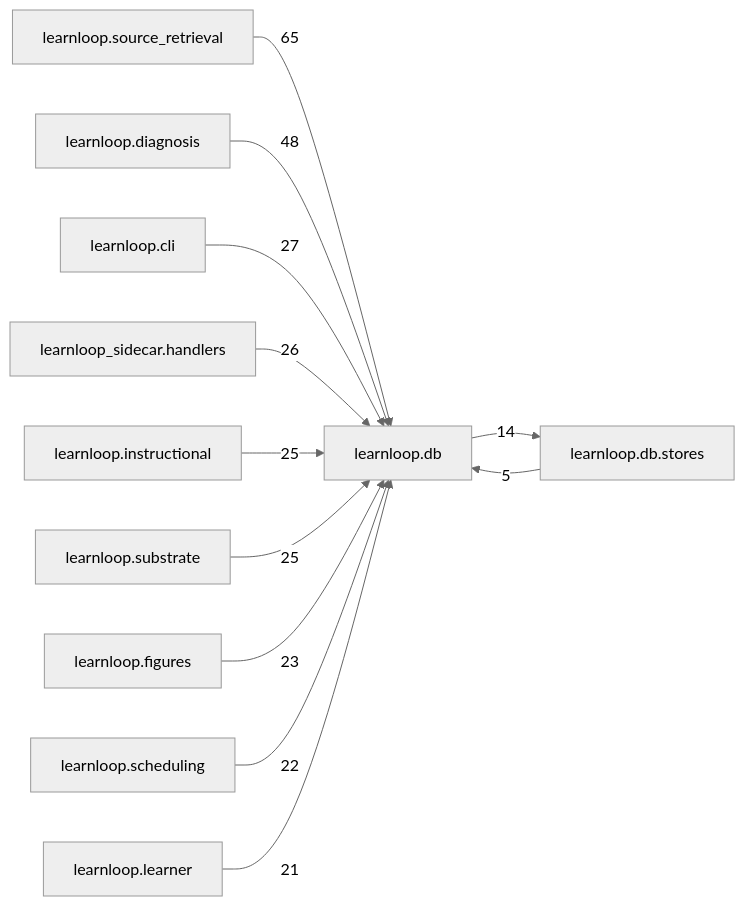
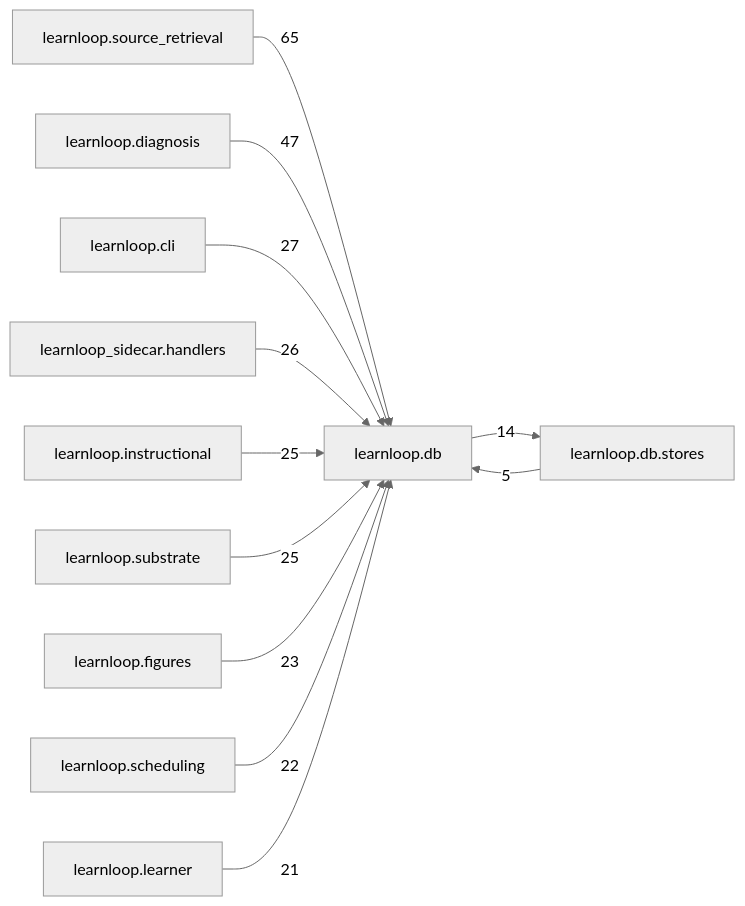
The diagram in docs/learnloop-architecture-vault/Reference/Modules/learnloop/db/_package.md (6up-b/learnanything), drawn with Mermaid (neutral theme) before and after one commit. The commit also changed other lines of this file and 52 other files, not shown here.

````diff
--- a/docs/learnloop-architecture-vault/Reference/Modules/learnloop/db/_package.md
+++ b/docs/learnloop-architecture-vault/Reference/Modules/learnloop/db/_package.md
@@ -138,25 +138,25 @@
 ```mermaid
 flowchart LR
     center["learnloop.db"]
     n_learnloop_source_retrieval["learnloop.source_retrieval"]
     n_learnloop_diagnosis["learnloop.diagnosis"]
     n_learnloop_cli["learnloop.cli"]
     n_learnloop_sidecar_handlers["learnloop_sidecar.handlers"]
     n_learnloop_instructional["learnloop.instructional"]
     n_learnloop_substrate["learnloop.substrate"]
     n_learnloop_figures["learnloop.figures"]
     n_learnloop_scheduling["learnloop.scheduling"]
     n_learnloop_learner["learnloop.learner"]
     n_learnloop_db_stores["learnloop.db.stores"]
     n_learnloop_source_retrieval -->|65| center
-    n_learnloop_diagnosis -->|48| center
+    n_learnloop_diagnosis -->|47| center
     n_learnloop_cli -->|27| center
     n_learnloop_sidecar_handlers -->|26| center
     n_learnloop_instructional -->|25| center
     n_learnloop_substrate -->|25| center
     n_learnloop_figures -->|23| center
     n_learnloop_scheduling -->|22| center
     n_learnloop_learner -->|21| center
     n_learnloop_db_stores -->|5| center
     center -->|14| n_learnloop_db_stores
 ```
````
